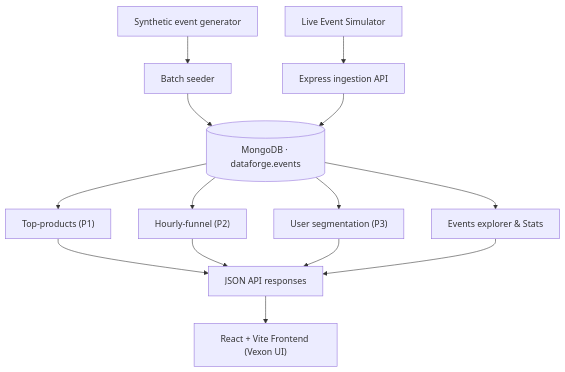
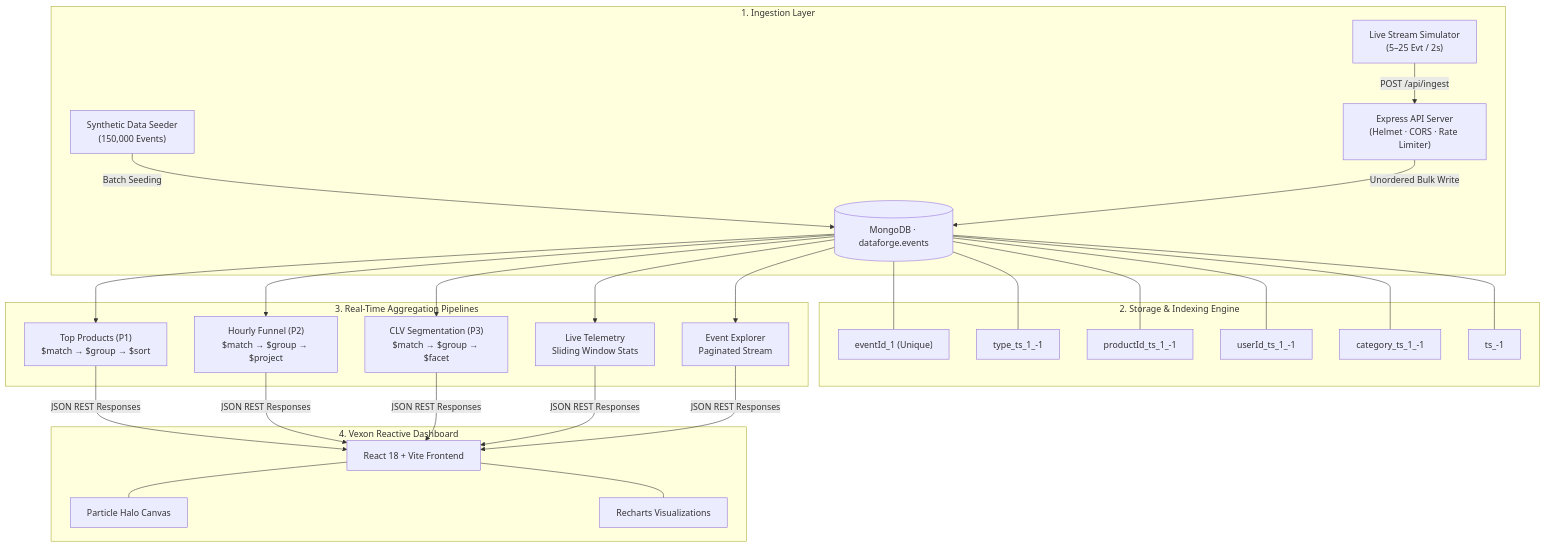
Before and after one commit to Gagann-09/DataForge: the diagram in README.md, drawn with Mermaid. The commit also changed other lines of this file and 3 other files, not shown here.

Commit message:
docs: streamline README with visual dashboard showcase and crisp architecture

````diff
--- a/README.md
+++ b/README.md
@@ -58,13 +85,39 @@
 ```mermaid
 flowchart TD
-    A["Synthetic event generator"] --> B["Batch seeder"]
-    S["Live Event Simulator"] --> D["Express ingestion API"]
-    B --> E[("MongoDB · dataforge.events")]
-    D --> E
-    E --> F["Top-products (P1)"]
-    E --> G["Hourly-funnel (P2)"]
-    E --> H["User segmentation (P3)"]
-    E --> I["Events explorer & Stats"]
-    F & G & H & I --> J["JSON API responses"]
-    J --> K["React + Vite Frontend (Vexon UI)"]
+    subgraph INGESTION ["1. Ingestion Layer"]
+        GEN["Synthetic Data Seeder<br/>(150,000 Events)"]
+        SIM["Live Stream Simulator<br/>(5–25 Evt / 2s)"]
+        API["Express API Server<br/>(Helmet · CORS · Rate Limiter)"]
+        GEN -->|Batch Seeding| DB
+        SIM -->|POST /api/ingest| API
+    end
+
+    subgraph STORAGE ["2. Storage & Indexing Engine"]
+        DB[("MongoDB · dataforge.events")]
+        IDX1["eventId_1 (Unique)"]
+        IDX2["type_ts_1_-1"]
+        IDX3["productId_ts_1_-1"]
+        IDX4["userId_ts_1_-1"]
+        IDX5["category_ts_1_-1"]
+        IDX6["ts_-1"]
+        API -->|Unordered Bulk Write| DB
+        DB --- IDX1 & IDX2 & IDX3 & IDX4 & IDX5 & IDX6
+    end
+
+    subgraph PIPELINES ["3. Real-Time Aggregation Pipelines"]
+        P1["Top Products (P1)<br/>$match → $group → $sort"]
+        P2["Hourly Funnel (P2)<br/>$match → $group → $project"]
+        P3["CLV Segmentation (P3)<br/>$match → $group → $facet"]
+        STATS["Live Telemetry<br/>Sliding Window Stats"]
+        EXPLORE["Event Explorer<br/>Paginated Stream"]
+        DB --> P1 & P2 & P3 & STATS & EXPLORE
+    end
+
+    subgraph PRESENTATION ["4. Vexon Reactive Dashboard"]
+        UI["React 18 + Vite Frontend"]
+        CANVAS["Particle Halo Canvas"]
+        CHARTS["Recharts Visualizations"]
+        P1 & P2 & P3 & STATS & EXPLORE -->|JSON REST Responses| UI
+        UI --- CANVAS & CHARTS
+    end
 ```
````
